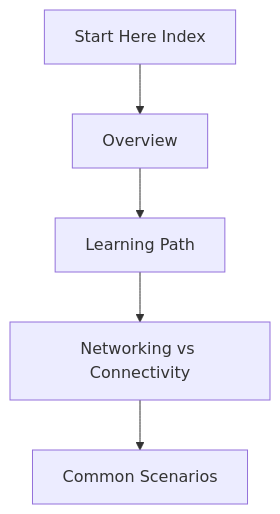
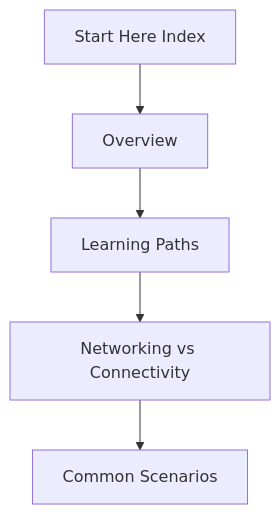
One commit to yeongseon/azure-networking-practical-guide changed the diagram in docs/start-here/index.md. Above: the diagram before and after it, drawn with Mermaid. The commit also changed other lines of this file and 7 other files, not shown here.

````diff
--- a/docs/start-here/index.md
+++ b/docs/start-here/index.md
@@ -29,7 +29,7 @@
 ```mermaid
 graph TD
     IN[Start Here Index] --> OV[Overview]
-    OV --> LP[Learning Path]
+    OV --> LP[Learning Paths]
     LP --> NC[Networking vs Connectivity]
     NC --> CS[Common Scenarios]
 ```
````
